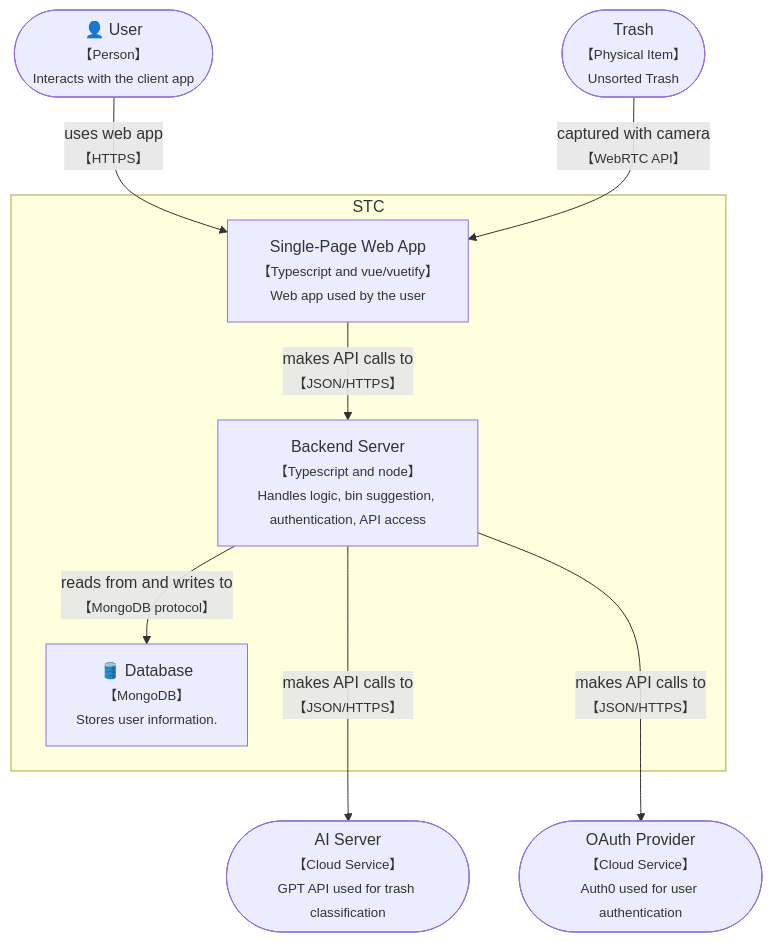
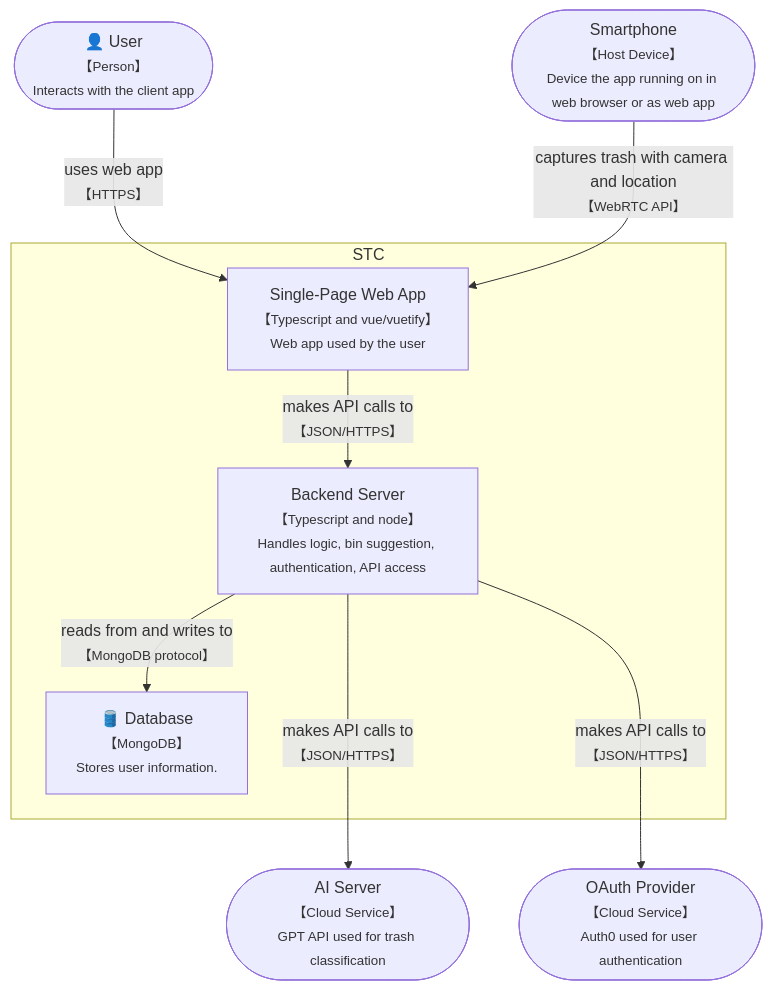
The second of 3 diagrams in docs/architecture.md (LeanSystemsLab/stc-app), drawn with Mermaid before and after one commit. The commit also changed other lines of this file, not shown here.

Commit message:
architecture draft is complete

````diff
--- a/docs/architecture.md
+++ b/docs/architecture.md
@@ -98,29 +108,29 @@
 ```mermaid
 flowchart TD
     %% External Actors
     user(["👤 User<br/><small>【Person】<br/>Interacts with the client app</small>"])
-    trash(["Trash<br/><small>【Physical Item】<br/>Unsorted Trash</small>"])
+    smartphone(["Smartphone<br/><small>【Host Device】<br/>Device the app running on in web browser or as web app</small>"])
     oauth(["OAuth Provider<br/><small>【Cloud Service】<br/>Auth0 used for user authentication</small>"])
     serverAI(["AI Server<br/><small>【Cloud Service】<br/>GPT API used for trash classification</small>"])
 
     %% Internal Containers
     client["Single-Page Web App<br/><small>【Typescript and vue/vuetify】<br/>Web app used by the user</small>"]
     db["🛢️ Database<br/><small>【MongoDB】<br/>Stores user information.</small>"]
 
     backend["Backend Server<br/><small>【Typescript and node】<br/>Handles logic, bin suggestion, authentication, API access</small>"]
     
     %% Grouping: STC
     subgraph STC
         client
         backend
         db
     end
 
     %% Relationships
     user --> | uses web app<br/><small>【HTTPS】</small>| client
     client --> | makes API calls to<br/><small>【JSON/HTTPS】</small>| backend
-    trash --> | captured with camera<br/><small>【WebRTC API】</small> |client
+    smartphone --> | captures trash with camera and location<br/><small>【WebRTC API】</small> |client
     backend --> | reads from and writes to<br/><small>【MongoDB protocol】</small> | db
     backend ---> | makes API calls to<br/><small>【JSON/HTTPS】</small> | serverAI
     backend ---> | makes API calls to<br/><small>【JSON/HTTPS】</small> | oauth
 ```
````
